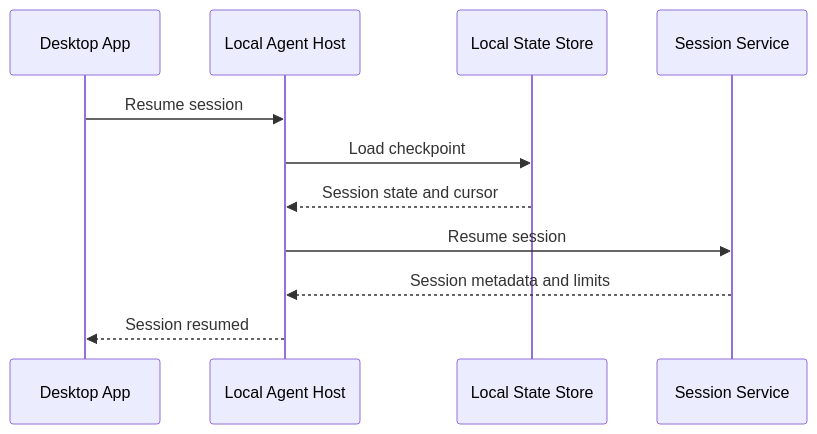
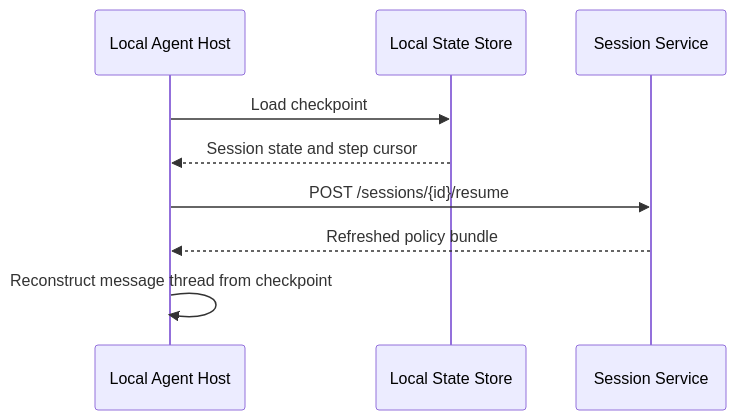
Before and after one commit to suman724/local-agent-loop: the fifth of 6 diagrams in local-agent-loop-design.md, drawn with Mermaid. The commit also changed other lines of this file and 7 other files, not shown here.

````diff
--- a/local-agent-loop-design.md
+++ b/local-agent-loop-design.md
@@ -738,14 +256,12 @@
 ```mermaid
 sequenceDiagram
-  participant DesktopApp as Desktop App
   participant LocalAgentHost as Local Agent Host
   participant LocalStateStore as Local State Store
   participant SessionService as Session Service
 
-  DesktopApp->>LocalAgentHost: Resume session
   LocalAgentHost->>LocalStateStore: Load checkpoint
-  LocalStateStore-->>LocalAgentHost: Session state and cursor
-  LocalAgentHost->>SessionService: Resume session
-  SessionService-->>LocalAgentHost: Session metadata and limits
-  LocalAgentHost-->>DesktopApp: Session resumed
+  LocalStateStore-->>LocalAgentHost: Session state and step cursor
+  LocalAgentHost->>SessionService: POST /sessions/{id}/resume
+  SessionService-->>LocalAgentHost: Refreshed policy bundle
+  LocalAgentHost->>LocalAgentHost: Reconstruct message thread from checkpoint
 ```
````
